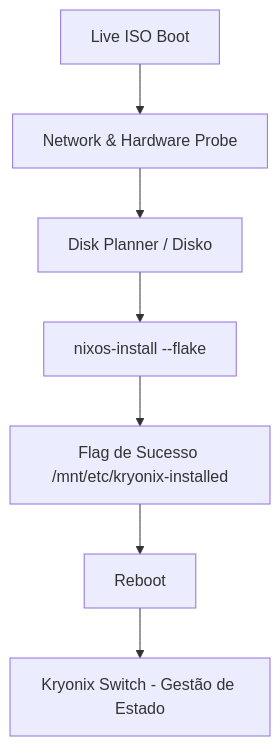
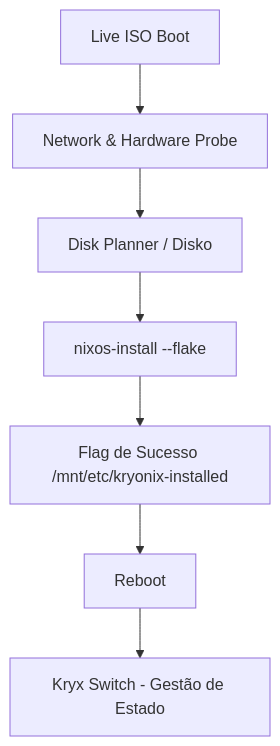
One commit to RAGton/dotfiles-NixOs changed the diagram in README.md. Above: the diagram before and after it, drawn with Mermaid. The commit also changed other lines of this file, not shown here.

Commit message:
docs(kryonix): fix broken doc links, KDE Plasma 6, ecosystem sub-repos

````diff
--- a/README.md
+++ b/README.md
@@ -26,9 +26,9 @@
 ```mermaid
 graph TD
     A[Live ISO Boot] --> B[Network & Hardware Probe]
     B --> C[Disk Planner / Disko]
     C --> D[nixos-install --flake]
     D --> E[Flag de Sucesso /mnt/etc/kryonix-installed]
     E --> F[Reboot]
-    F --> G[Kryonix Switch - Gestão de Estado]
+    F --> G[Kryx Switch - Gestão de Estado]
 ```
````
